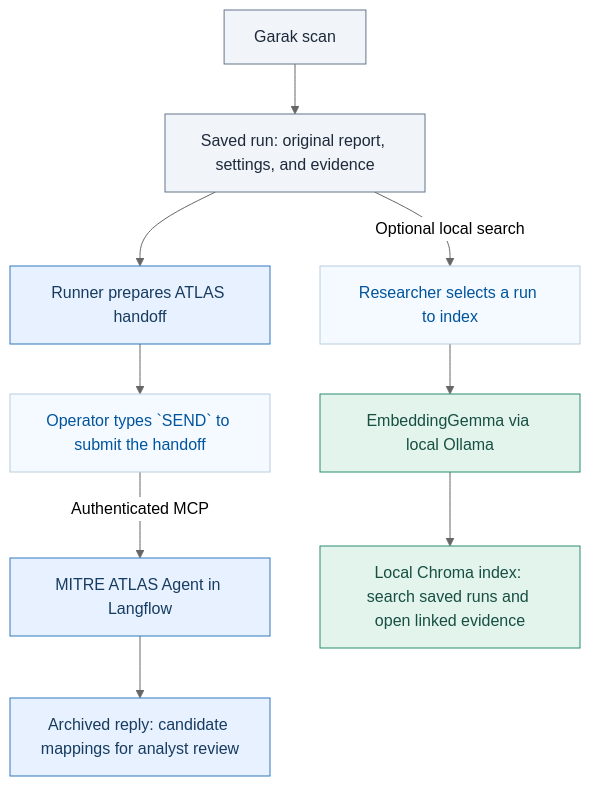
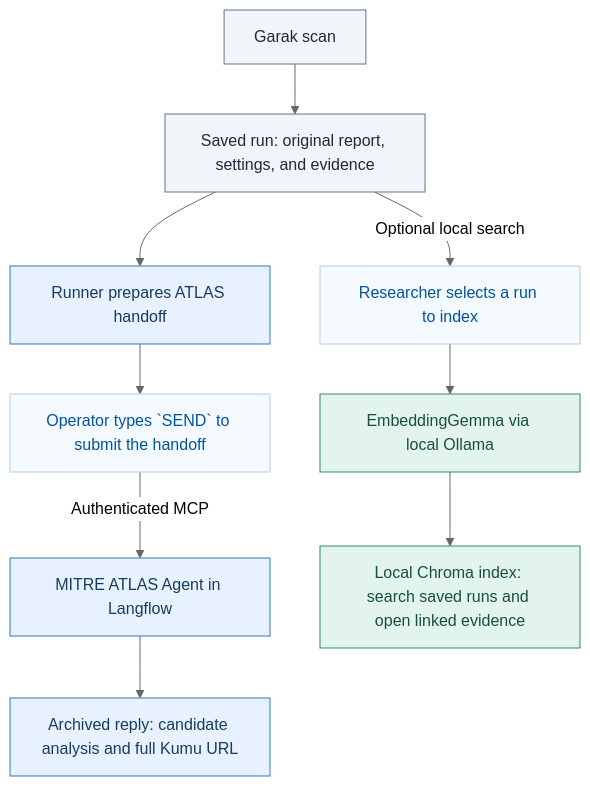
The diagram in docs/install-and-verify.md (anthfuller/garak-mitre-atlas-agent), drawn with Mermaid (neutral theme) before and after one commit. The commit also changed other lines of this file and 3 other files, not shown here.

First line of the commit message:
Record current-laptop Kumu acceptance and document the saved-reply finish line

````diff
--- a/docs/install-and-verify.md
+++ b/docs/install-and-verify.md
@@ -623,20 +623,20 @@
 ```mermaid
 flowchart TD
     scan["Garak scan"] --> saved["Saved run: original report, settings, and evidence"]
     saved --> handoff["Runner prepares ATLAS handoff"]
     handoff --> confirm["Operator types `SEND` to submit the handoff"]
     confirm -->|"Authenticated MCP"| agent["MITRE ATLAS Agent in Langflow"]
-    agent --> reply["Archived reply: candidate mappings for analyst review"]
+    agent --> reply["Archived reply: candidate analysis and full Kumu URL"]
     saved -->|"Optional local search"| selectRun["Researcher selects a run to index"]
     selectRun --> embed["EmbeddingGemma via local Ollama"]
     embed --> index["Local Chroma index: search saved runs and open linked evidence"]
 
     classDef evidence fill:#f1f5f9,stroke:#64748b,color:#1e293b
     classDef investigation fill:#e7f1ff,stroke:#3178bd,color:#173c60
     classDef confirmation fill:#f4faff,stroke:#b8cddd,color:#00549e
     classDef research fill:#e3f4ed,stroke:#2d8b70,color:#174f42
     class scan,saved evidence
     class handoff,agent,reply investigation
     class confirm,selectRun confirmation
     class embed,index research
 ```
````
